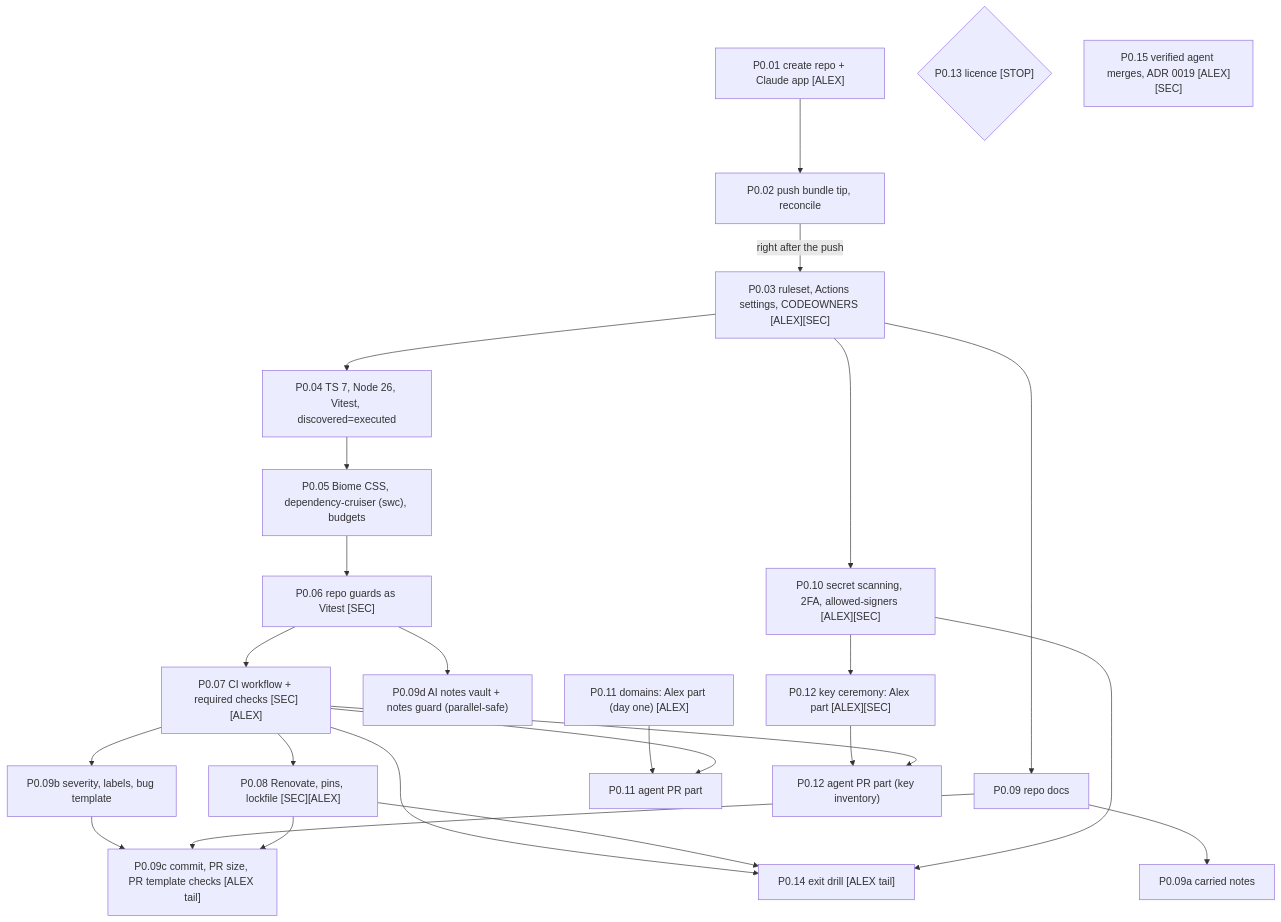
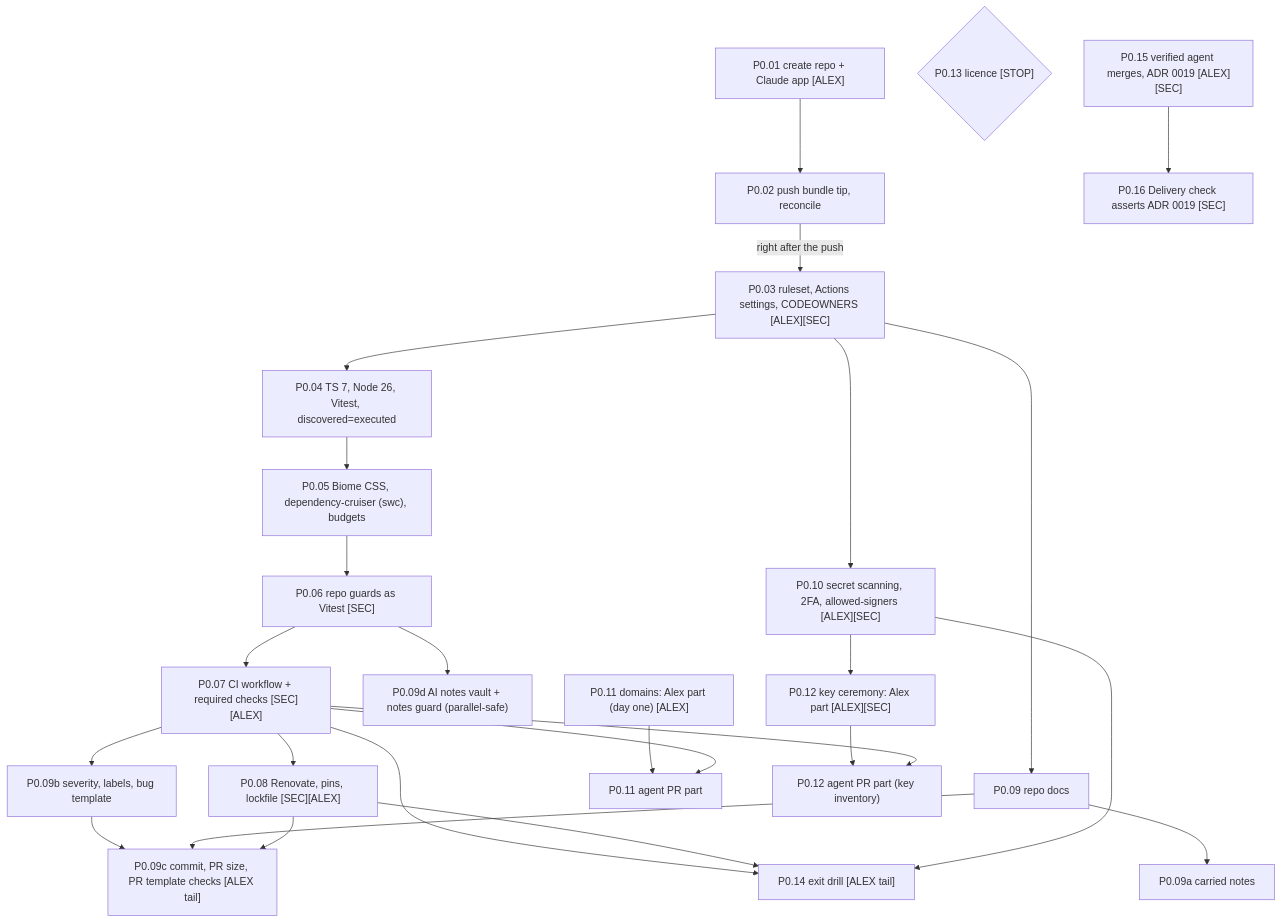
One commit to Undefined6799/unset changed the first of 2 diagrams in docs/ai/book/phase-0.md. Above: the diagram before and after it, drawn with Mermaid. The commit also changed other lines of this file and 1 other file, not shown here.

````diff
--- a/docs/ai/book/phase-0.md
+++ b/docs/ai/book/phase-0.md
@@ -76,28 +76,28 @@
 ```mermaid
 flowchart TD
   P001["P0.01 create repo + Claude app [ALEX]"] --> P002["P0.02 push bundle tip, reconcile"]
   P002 -->|"right after the push"| P003["P0.03 ruleset, Actions settings, CODEOWNERS [ALEX][SEC]"]
   P003 --> P004["P0.04 TS 7, Node 26, Vitest, discovered=executed"]
   P004 --> P005["P0.05 Biome CSS, dependency-cruiser (swc), budgets"]
   P005 --> P006["P0.06 repo guards as Vitest [SEC]"]
   P006 --> P007["P0.07 CI workflow + required checks [SEC][ALEX]"]
   P007 --> P008["P0.08 Renovate, pins, lockfile [SEC][ALEX]"]
   P003 --> P009["P0.09 repo docs"]
   P009 --> P009a["P0.09a carried notes"]
   P007 --> P009b["P0.09b severity, labels, bug template"]
   P009b --> P009c["P0.09c commit, PR size, PR template checks [ALEX tail]"]
   P006 --> P009d["P0.09d AI notes vault + notes guard (parallel-safe)"]
   P009 --> P009c
   P008 --> P009c
   P003 --> P010["P0.10 secret scanning, 2FA, allowed-signers [ALEX][SEC]"]
   P011A["P0.11 domains: Alex part (day one) [ALEX]"] --> P011B["P0.11 agent PR part"]
   P007 --> P011B
   P010 --> P012A["P0.12 key ceremony: Alex part [ALEX][SEC]"]
   P012A --> P012B["P0.12 agent PR part (key inventory)"]
   P007 --> P012B
   P013{"P0.13 licence [STOP]"}
   P007 --> P014["P0.14 exit drill [ALEX tail]"]
   P008 --> P014
   P010 --> P014
-  P015["P0.15 verified agent merges, ADR 0019 [ALEX][SEC]"]
+  P015["P0.15 verified agent merges, ADR 0019 [ALEX][SEC]"] --> P016["P0.16 Delivery check asserts ADR 0019 [SEC]"]
 ```
````
